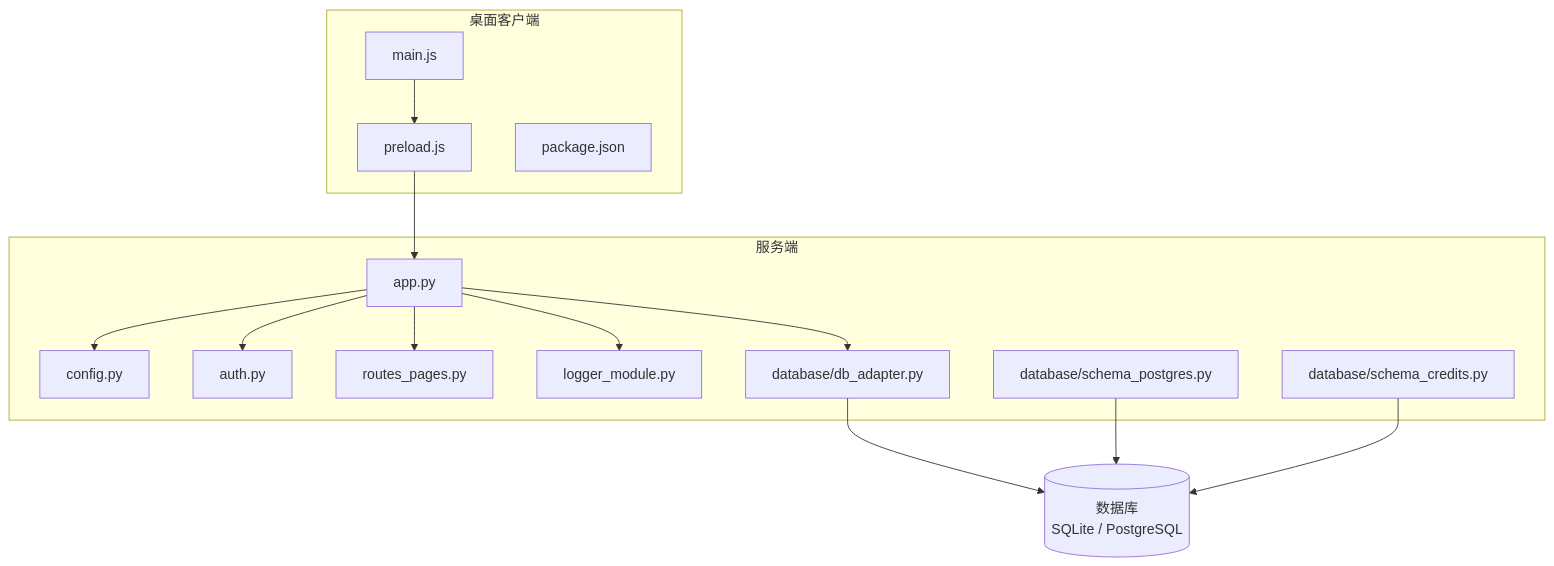
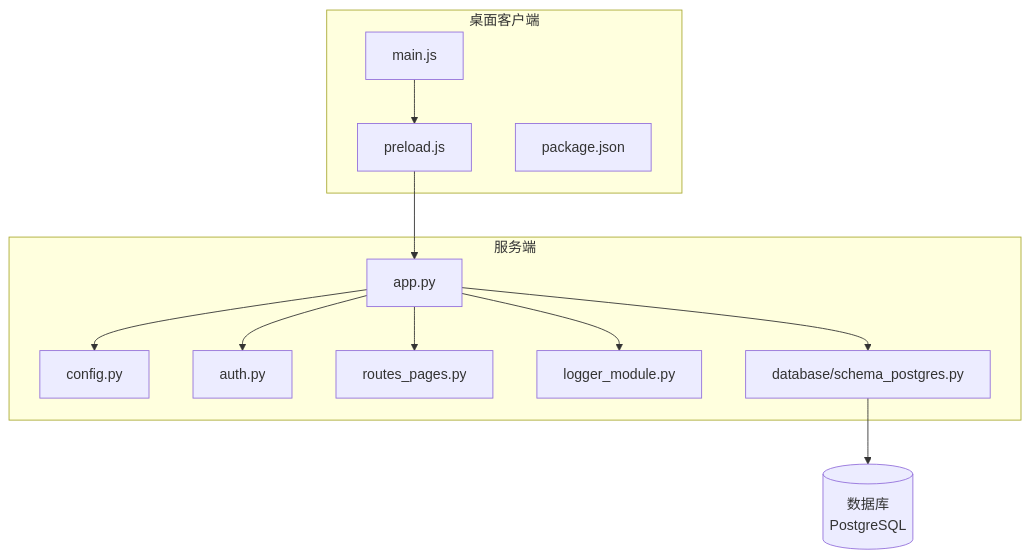
The first of 14 diagrams in .qoder/repowiki/zh/content/部署运维.md (abokyoy/LectureLearnLoop), drawn with Mermaid before and after one commit. The commit also changed other lines of this file and 91 other files, not shown here.

````diff
--- a/.qoder/repowiki/zh/content/部署运维.md
+++ b/.qoder/repowiki/zh/content/部署运维.md
@@ -50,29 +54,25 @@
 ```mermaid
 graph TB
 subgraph "桌面客户端"
 DMain["main.js"]
 DPreload["preload.js"]
 DPkg["package.json"]
 end
 subgraph "服务端"
 SApp["app.py"]
 SConfig["config.py"]
 SAuth["auth.py"]
 SRoutesPages["routes_pages.py"]
 SLogger["logger_module.py"]
-SDAL["database/db_adapter.py"]
 SPgSchema["database/schema_postgres.py"]
-SCreditsSchema["database/schema_credits.py"]
 end
-DB[("数据库<br/>SQLite / PostgreSQL")]
+DB[("数据库<br/>PostgreSQL")]
 DMain --> DPreload
 DPreload --> SApp
 SApp --> SConfig
 SApp --> SAuth
 SApp --> SRoutesPages
 SApp --> SLogger
-SApp --> SDAL
-SDAL --> DB
+SApp --> SPgSchema
 SPgSchema --> DB
-SCreditsSchema --> DB
 ```
````
